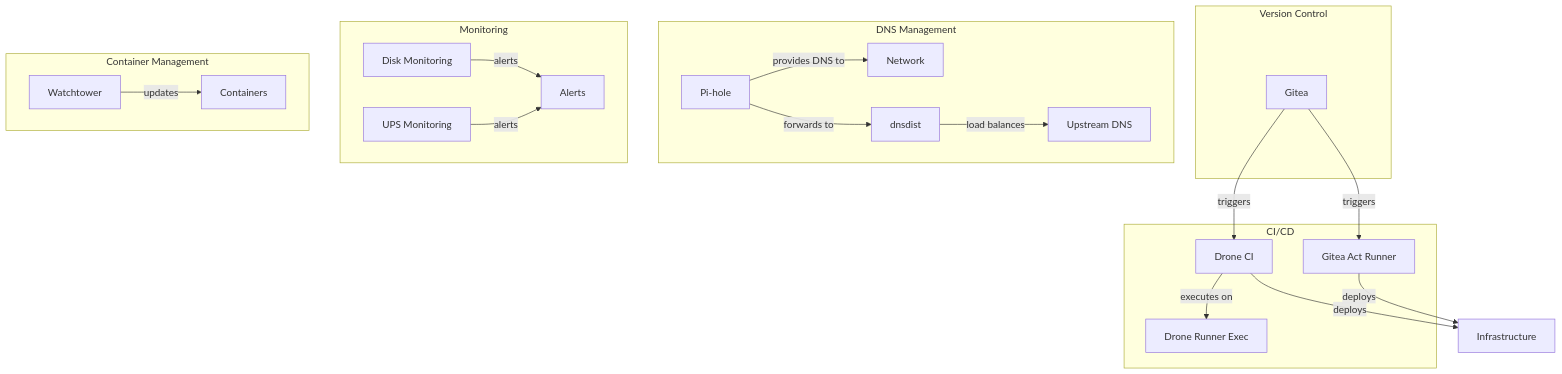
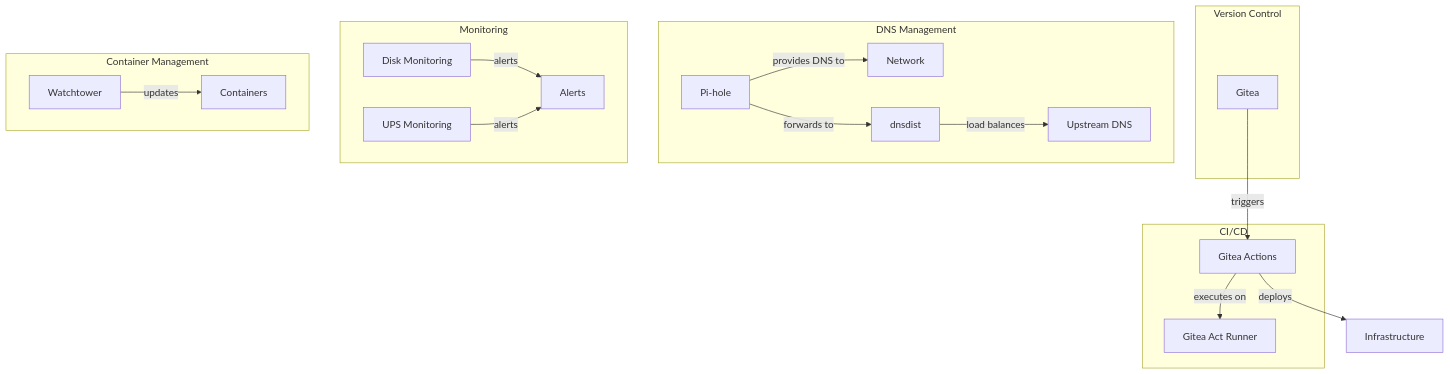
Before and after one commit to bdruth/homelab-infra: the second of 2 diagrams in memory-bank/systemPatterns.md, drawn with Mermaid. The commit also changed other lines of this file and 2 other files, not shown here.

First line of the commit message:
Migrate DNS infrastructure pipeline from Drone CI to Gitea Actions

````diff
--- a/memory-bank/systemPatterns.md
+++ b/memory-bank/systemPatterns.md
@@ -112,30 +115,28 @@
 ```mermaid
 graph TD
     subgraph "Version Control"
         Gitea
     end
 
     subgraph "CI/CD"
-        Gitea --> |triggers| Drone[Drone CI]
-        Drone --> |executes on| DroneExec[Drone Runner Exec]
-        Gitea --> |triggers| ActRunner[Gitea Act Runner]
+        Gitea --> |triggers| GiteaActions[Gitea Actions]
+        GiteaActions --> |executes on| ActRunner[Gitea Act Runner]
     end
 
     subgraph "DNS Management"
         PiHole[Pi-hole] --> |provides DNS to| Network
         PiHole --> |forwards to| DNSDist[dnsdist]
         DNSDist --> |load balances| UpstreamDNS[Upstream DNS]
     end
 
     subgraph "Monitoring"
         DiskMon[Disk Monitoring] --> |alerts| Alerts
         UPSMon[UPS Monitoring] --> |alerts| Alerts
     end
 
     subgraph "Container Management"
         Watchtower --> |updates| Containers
     end
 
-    Drone --> |deploys| Infrastructure
-    ActRunner --> |deploys| Infrastructure
+    GiteaActions --> |deploys| Infrastructure
 ```
````
